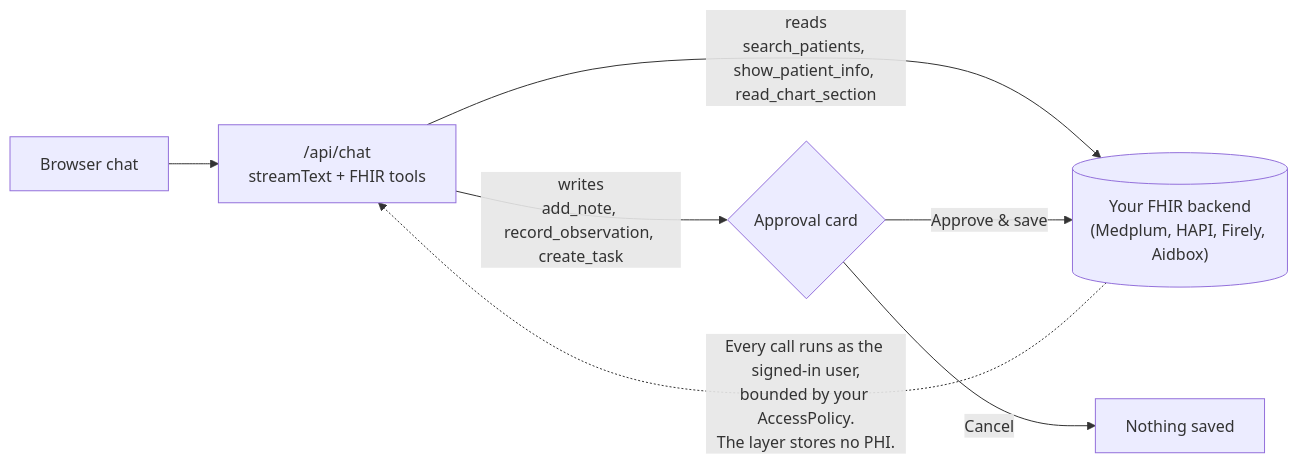
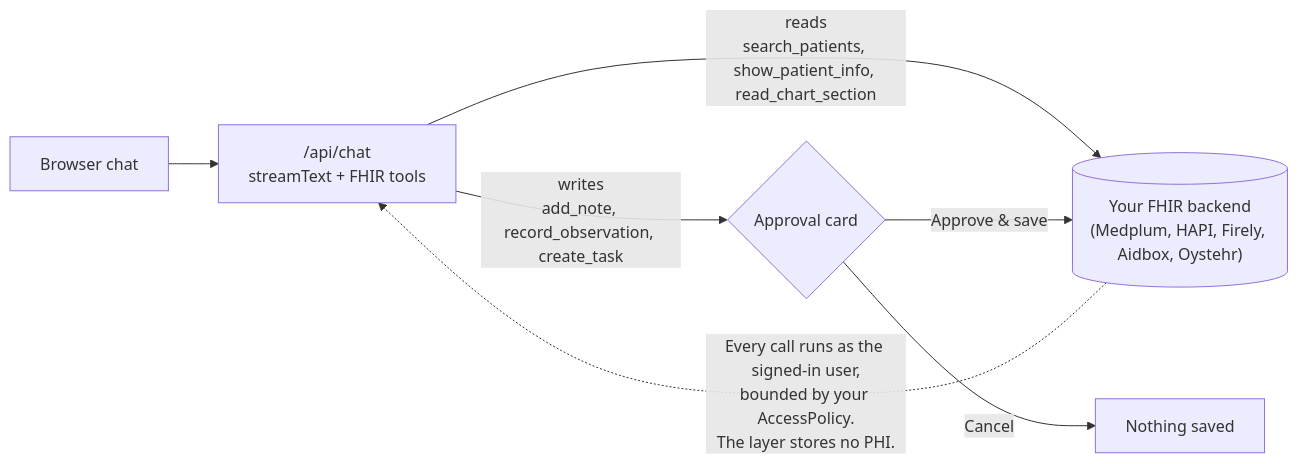
The diagram in README.md (cbetz/last-ehr), drawn with Mermaid before and after one commit. The commit also changed other lines of this file and 22 other files, not shown here.

First line of the commit message:
feat: Oystehr backend adapter — verified, synthetic-evaluation tier (#122)

````diff
--- a/README.md
+++ b/README.md
@@ -104,9 +104,9 @@
 ```mermaid
 flowchart LR
     B["Browser chat"] --> A["/api/chat<br/>streamText + FHIR tools"]
-    A -- "reads<br/>search_patients, show_patient_info, read_chart_section" --> M[("Your FHIR backend<br/>(Medplum, HAPI, Firely, Aidbox)")]
+    A -- "reads<br/>search_patients, show_patient_info, read_chart_section" --> M[("Your FHIR backend<br/>(Medplum, HAPI, Firely, Aidbox, Oystehr)")]
     A -- "writes<br/>add_note, record_observation, create_task" --> C{"Approval card"}
     C -- "Approve & save" --> M
     C -- "Cancel" --> N["Nothing saved"]
     M -. "Every call runs as the signed-in user,<br/>bounded by your AccessPolicy.<br/>The layer stores no PHI." .-> A
 ```
````
